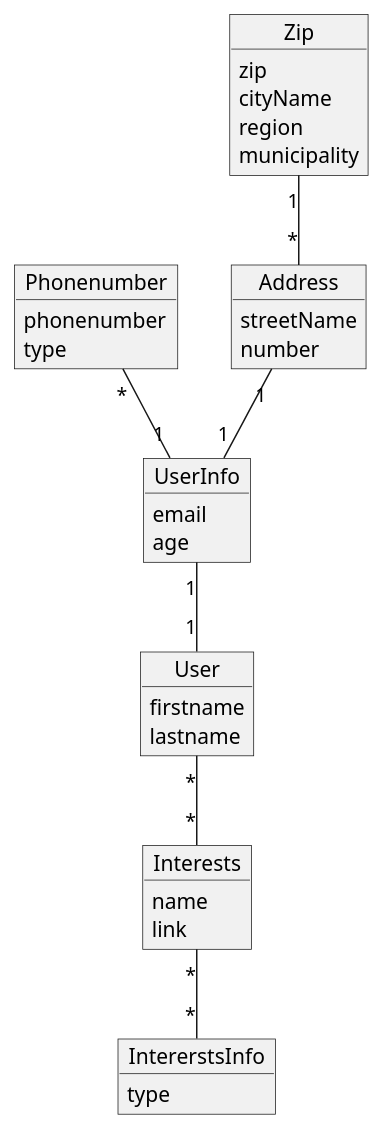
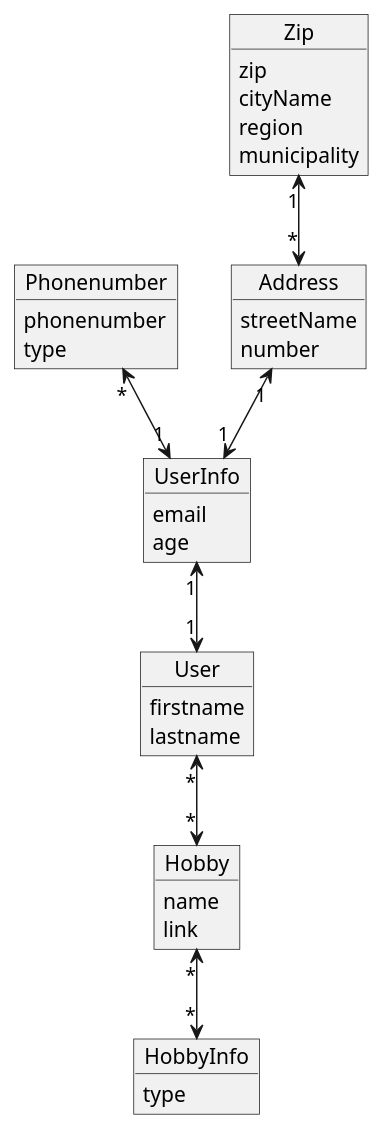
One commit to DanyLoyal/Main changed the diagram in src/main/documentation/DomainModel.puml. Above: the diagram before and after it, drawn with PlantUML. The commit also changed 2 other files, not shown here.

Commit message:
Small changes in HibernateConfig and UserClass

```diff
--- a/src/main/documentation/DomainModel.puml
+++ b/src/main/documentation/DomainModel.puml
@@ -1,40 +1,40 @@
 @startuml
 
 object User{
 firstname
 lastname
 }
-object Interests{
+object Hobby{
 name
 link
 }
-object IntererstsInfo{
+object HobbyInfo{
 type
 }
 object UserInfo{
 email
 age
 }
 object Phonenumber{
 phonenumber
 type
 }
 object Zip{
 zip
 cityName
 region
 municipality
 }
 object Address{
 streetName
 number
 }
 
-Zip "1" -- "*" Address
-Address "1" -- "1" UserInfo
-Phonenumber "*" -- "1" UserInfo
-UserInfo "1" -- "1" User
-User "*" --  "*" Interests
-Interests "*"-- "*" IntererstsInfo
+Zip "1" <--> "*" Address
+Address "1" <--> "1" UserInfo
+Phonenumber "*" <--> "1" UserInfo
+UserInfo "1" <--> "1" User
+User "*" <-->  "*" Hobby
+Hobby "*"<--> "*" HobbyInfo
 
 @enduml
```
